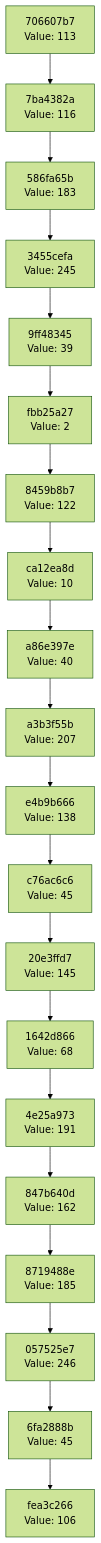
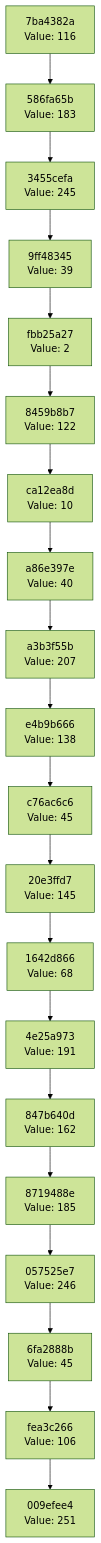
One commit to Abhisheksinha1506/hash-chain-evolver changed the diagram in docs/CHAIN_VISUALIZATION.md. Above: the diagram before and after it, drawn with Mermaid (forest theme). The commit also changed 2 other files, not shown here.

Commit message:
Evolution Step

````diff
--- a/docs/CHAIN_VISUALIZATION.md
+++ b/docs/CHAIN_VISUALIZATION.md
@@ -3,42 +3,42 @@
 ```mermaid
 graph TD
-    C0["fea3c266<br/>Value: 106"]
-    C1["6fa2888b<br/>Value: 45"]
+    C0["009efee4<br/>Value: 251"]
+    C1["fea3c266<br/>Value: 106"]
     C1 --> C0
-    C2["057525e7<br/>Value: 246"]
+    C2["6fa2888b<br/>Value: 45"]
     C2 --> C1
-    C3["8719488e<br/>Value: 185"]
+    C3["057525e7<br/>Value: 246"]
     C3 --> C2
-    C4["847b640d<br/>Value: 162"]
+    C4["8719488e<br/>Value: 185"]
     C4 --> C3
-    C5["4e25a973<br/>Value: 191"]
+    C5["847b640d<br/>Value: 162"]
     C5 --> C4
-    C6["1642d866<br/>Value: 68"]
+    C6["4e25a973<br/>Value: 191"]
     C6 --> C5
-    C7["20e3ffd7<br/>Value: 145"]
+    C7["1642d866<br/>Value: 68"]
     C7 --> C6
-    C8["c76ac6c6<br/>Value: 45"]
+    C8["20e3ffd7<br/>Value: 145"]
     C8 --> C7
-    C9["e4b9b666<br/>Value: 138"]
+    C9["c76ac6c6<br/>Value: 45"]
     C9 --> C8
-    C10["a3b3f55b<br/>Value: 207"]
+    C10["e4b9b666<br/>Value: 138"]
     C10 --> C9
-    C11["a86e397e<br/>Value: 40"]
+    C11["a3b3f55b<br/>Value: 207"]
     C11 --> C10
-    C12["ca12ea8d<br/>Value: 10"]
+    C12["a86e397e<br/>Value: 40"]
     C12 --> C11
-    C13["8459b8b7<br/>Value: 122"]
+    C13["ca12ea8d<br/>Value: 10"]
     C13 --> C12
-    C14["fbb25a27<br/>Value: 2"]
+    C14["8459b8b7<br/>Value: 122"]
     C14 --> C13
-    C15["9ff48345<br/>Value: 39"]
+    C15["fbb25a27<br/>Value: 2"]
     C15 --> C14
-    C16["3455cefa<br/>Value: 245"]
+    C16["9ff48345<br/>Value: 39"]
     C16 --> C15
-    C17["586fa65b<br/>Value: 183"]
+    C17["3455cefa<br/>Value: 245"]
     C17 --> C16
-    C18["7ba4382a<br/>Value: 116"]
+    C18["586fa65b<br/>Value: 183"]
     C18 --> C17
-    C19["706607b7<br/>Value: 113"]
+    C19["7ba4382a<br/>Value: 116"]
     C19 --> C18
 ```
````
